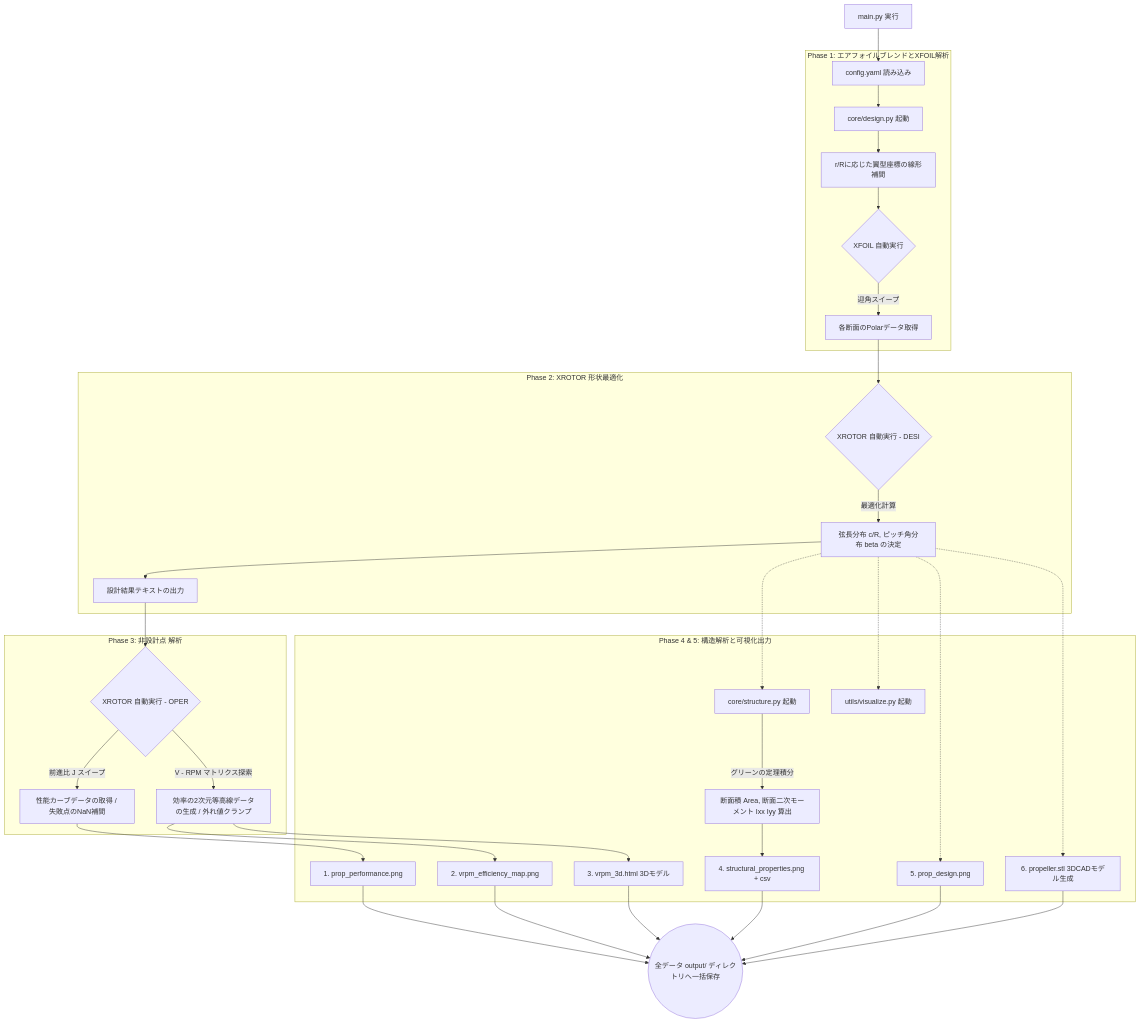
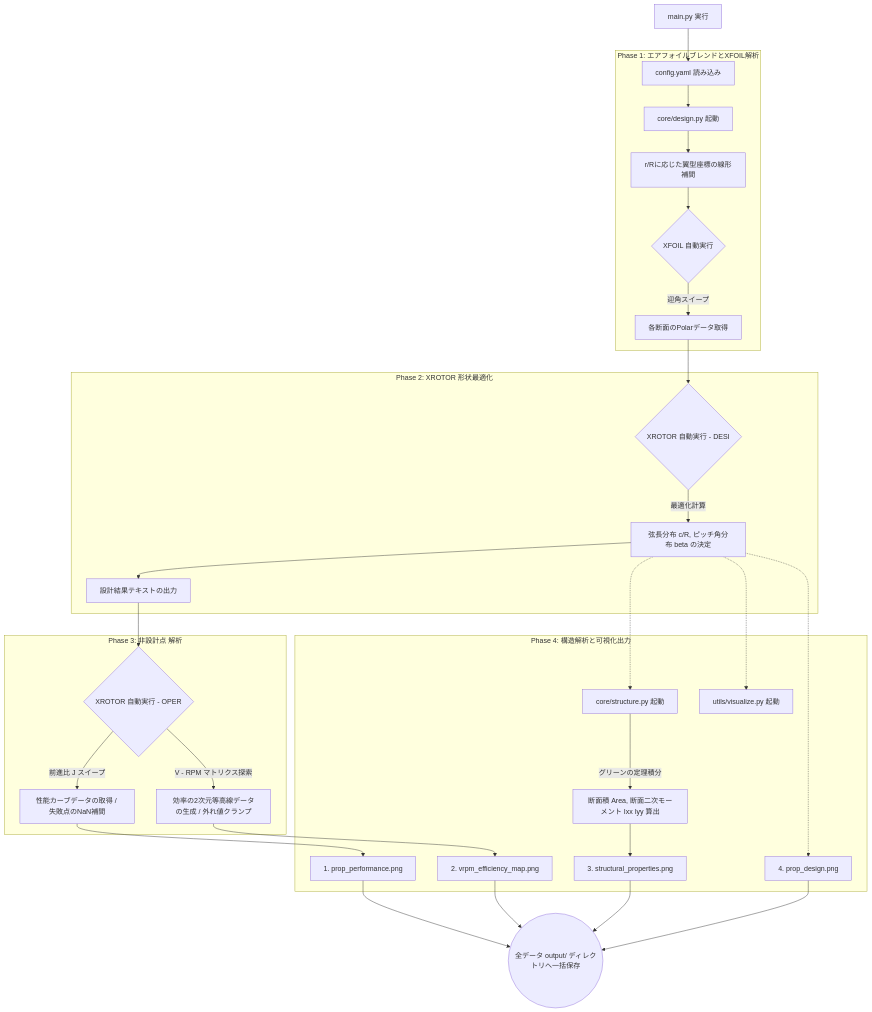
The diagram in README.md (97kuek/hpa-propeller-designer), drawn with Mermaid before and after one commit. The commit also changed other lines of this file and 1 other file, not shown here.

Commit message:
Disable CSV, 3D HTML, and STL exports per user request

````diff
--- a/README.md
+++ b/README.md
@@ -40,43 +38,39 @@
 ```mermaid
 graph TD
     A[main.py 実行] --> B[config.yaml 読み込み]
     
     subgraph Phase1 [Phase 1: エアフォイルブレンドとXFOIL解析]
         B --> C[core/design.py 起動]
         C --> D[r/Rに応じた翼型座標の線形補間]
         D --> E{XFOIL 自動実行}
         E -- 迎角スイープ --> F[各断面のPolarデータ取得]
     end
     
     subgraph Phase2 [Phase 2: XROTOR 形状最適化]
         F --> G{XROTOR 自動実行 - DESI}
         G -- 最適化計算 --> H[弦長分布 c/R, ピッチ角分布 beta の決定]
         H --> I[設計結果テキストの出力]
     end
     
     subgraph Phase3 [Phase 3: 非設計点 解析]
         I --> J{XROTOR 自動実行 - OPER}
         J -- 前進比 J スイープ --> K[性能カーブデータの取得 / 失敗点のNaN補間]
         J -- V - RPM マトリクス探索 --> L[効率の2次元等高線データの生成 / 外れ値クランプ]
     end
     
-    subgraph Phase4 [Phase 4 & 5: 構造解析と可視化出力]
+    subgraph Phase4 [Phase 4: 構造解析と可視化出力]
         H -.-> M[core/structure.py 起動]
         M -- グリーンの定理積分 --> N[断面積 Area, 断面二次モーメント Ixx Iyy 算出]
         H -.-> O[utils/visualize.py 起動]
         
         K --> P[1. prop_performance.png]
         L --> Q[2. vrpm_efficiency_map.png]
-        L --> R[3. vrpm_3d.html 3Dモデル]
-        N --> S[4. structural_properties.png + csv]
-        H -.-> T[5. prop_design.png]
-        H -.-> U[6. propeller.stl 3DCADモデル生成]
+        N --> S[3. structural_properties.png]
+        H -.-> T[4. prop_design.png]
     end
 
     P --> Z((全データ output/ ディレクトリへ一括保存))
     Q --> Z
-    R --> Z
     S --> Z
     T --> Z
-    U --> Z
 ```
````
